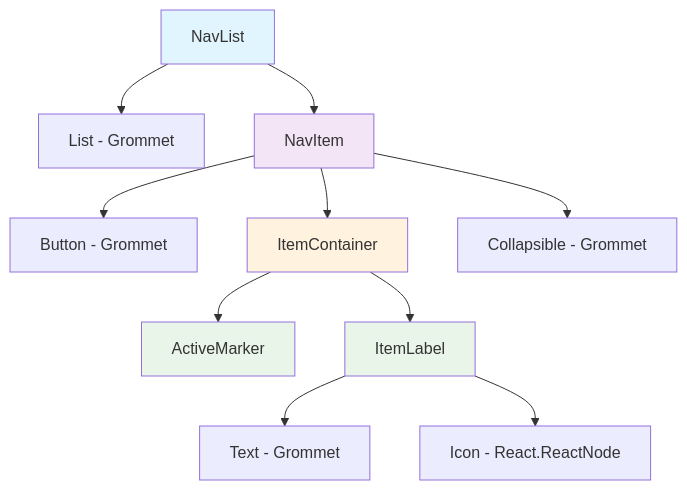
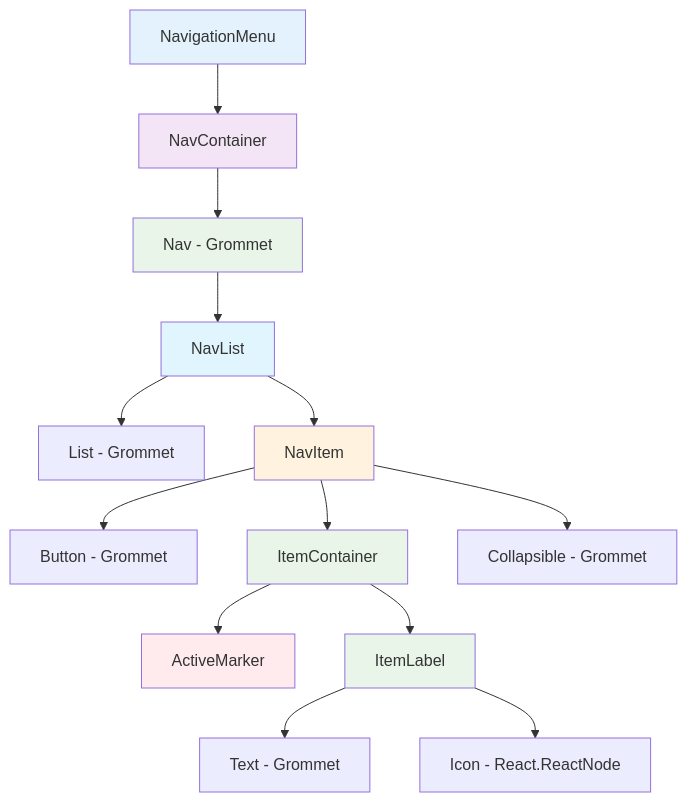
Before and after one commit to grommet/hpe-design-system: the first of 2 diagrams in aries-core/src/js/components/core/NavigationMenu/DOCUMENTATION.md, drawn with Mermaid. The commit also changed other lines of this file, not shown here.

````diff
--- a/aries-core/src/js/components/core/NavigationMenu/DOCUMENTATION.md
+++ b/aries-core/src/js/components/core/NavigationMenu/DOCUMENTATION.md
@@ -9,18 +9,24 @@
 ```mermaid
 graph TD
-    A[NavList] --> B[List - Grommet]
-    A --> C[NavItem]
-    C --> D[Button - Grommet]
-    C --> E[ItemContainer]
-    C --> F[Collapsible - Grommet]
-    E --> G[ActiveMarker]
-    E --> H[ItemLabel]
-    H --> I[Text - Grommet]
-    H --> J[Icon - React.ReactNode]
+    A[NavigationMenu] --> B[NavContainer]
+    B --> C[Nav - Grommet]
+    C --> D[NavList]
+    D --> E[List - Grommet]
+    D --> F[NavItem]
+    F --> G[Button - Grommet]
+    F --> H[ItemContainer]
+    F --> I[Collapsible - Grommet]
+    H --> J[ActiveMarker]
+    H --> K[ItemLabel]
+    K --> L[Text - Grommet]
+    K --> M[Icon - React.ReactNode]
 
-    style A fill:#e1f5fe
-    style C fill:#f3e5f5
-    style E fill:#fff3e0
-    style G fill:#e8f5e8
+    style A fill:#e3f2fd
+    style B fill:#f3e5f5
+    style C fill:#e8f5e8
+    style D fill:#e1f5fe
+    style F fill:#fff3e0
     style H fill:#e8f5e8
+    style J fill:#ffebee
+    style K fill:#e8f5e8
 ```
````
